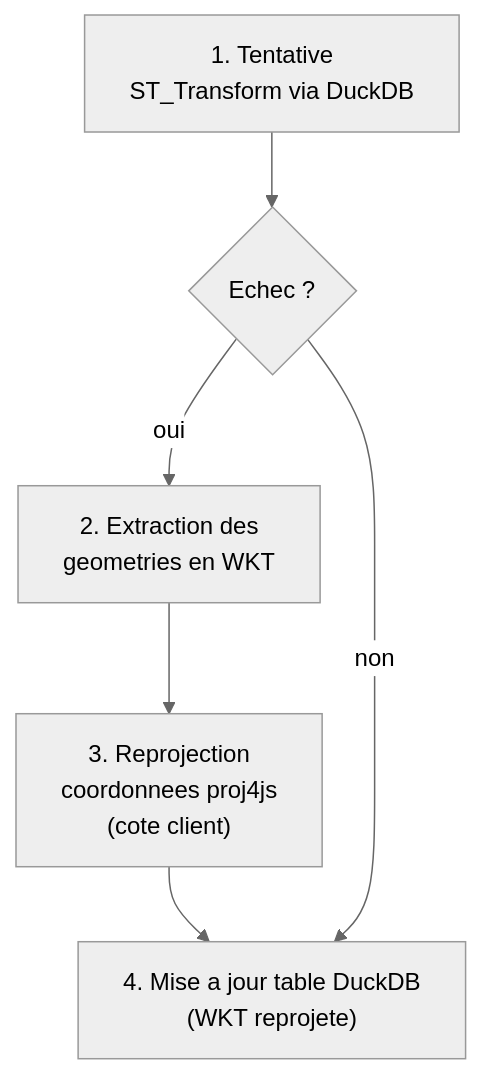
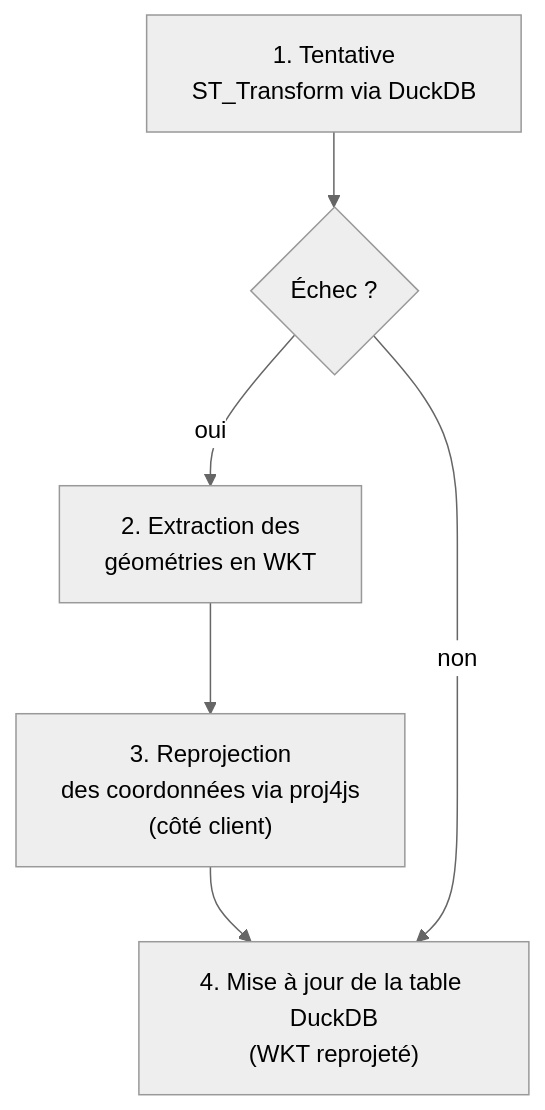
One commit to AtelierCartographie/khartis-v3 changed the third of 3 diagrams in docs/PIPELINE_DONNEES.md. Above: the diagram before and after it, drawn with Mermaid (neutral theme). The commit also changed other lines of this file and 15 other files, not shown here.

````diff
--- a/docs/PIPELINE_DONNEES.md
+++ b/docs/PIPELINE_DONNEES.md
@@ -145,12 +375,12 @@
 ```mermaid
 flowchart TB
     ST["1. Tentative<br/>ST_Transform via DuckDB"]
-    FAIL{"Echec ?"}
-    WKT["2. Extraction des<br/>geometries en WKT"]
-    PROJ4["3. Reprojection<br/>coordonnees proj4js<br/>(cote client)"]
-    UPDATE["4. Mise a jour table DuckDB<br/>(WKT reprojete)"]
+    FAIL{"Échec ?"}
+    WKT["2. Extraction des<br/>géométries en WKT"]
+    PROJ4["3. Reprojection<br/>des coordonnées via proj4js<br/>(côté client)"]
+    UPDATE["4. Mise à jour de la table DuckDB<br/>(WKT reprojeté)"]
 
     ST --> FAIL
     FAIL -->|"oui"| WKT --> PROJ4 --> UPDATE
     FAIL -->|"non"| UPDATE
 ```
````
